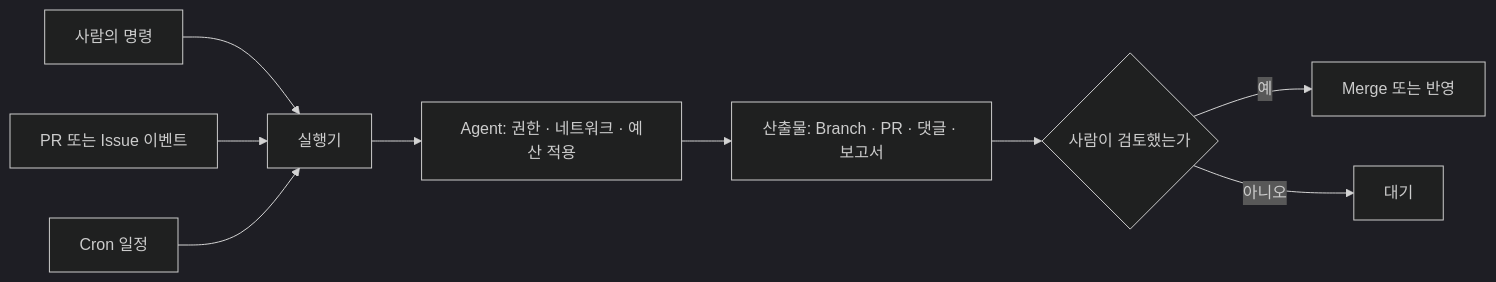
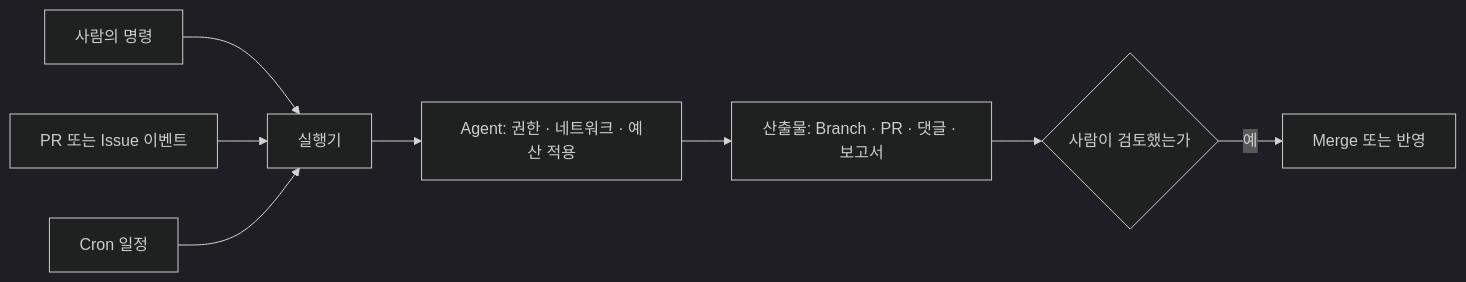
Before and after one commit to linjingzhu/tech-jeongsu: the diagram in content/ai/11-headless-ci-cloud.md, drawn with Mermaid (dark theme). The commit also changed other lines of this file, not shown here.

````diff
--- a/content/ai/11-headless-ci-cloud.md
+++ b/content/ai/11-headless-ci-cloud.md
@@ -17,11 +17,10 @@
 ```mermaid
 flowchart LR
     T1[사람의 명령] --> R[실행기]
     T2[PR 또는 Issue 이벤트] --> R
     T3[Cron 일정] --> R
     R --> A[Agent: 권한 · 네트워크 · 예산 적용]
     A --> O[산출물: Branch · PR · 댓글 · 보고서]
     O --> G{사람이 검토했는가}
     G -->|예| MG[Merge 또는 반영]
-    G -->|아니오| W[대기]
 ```
````
